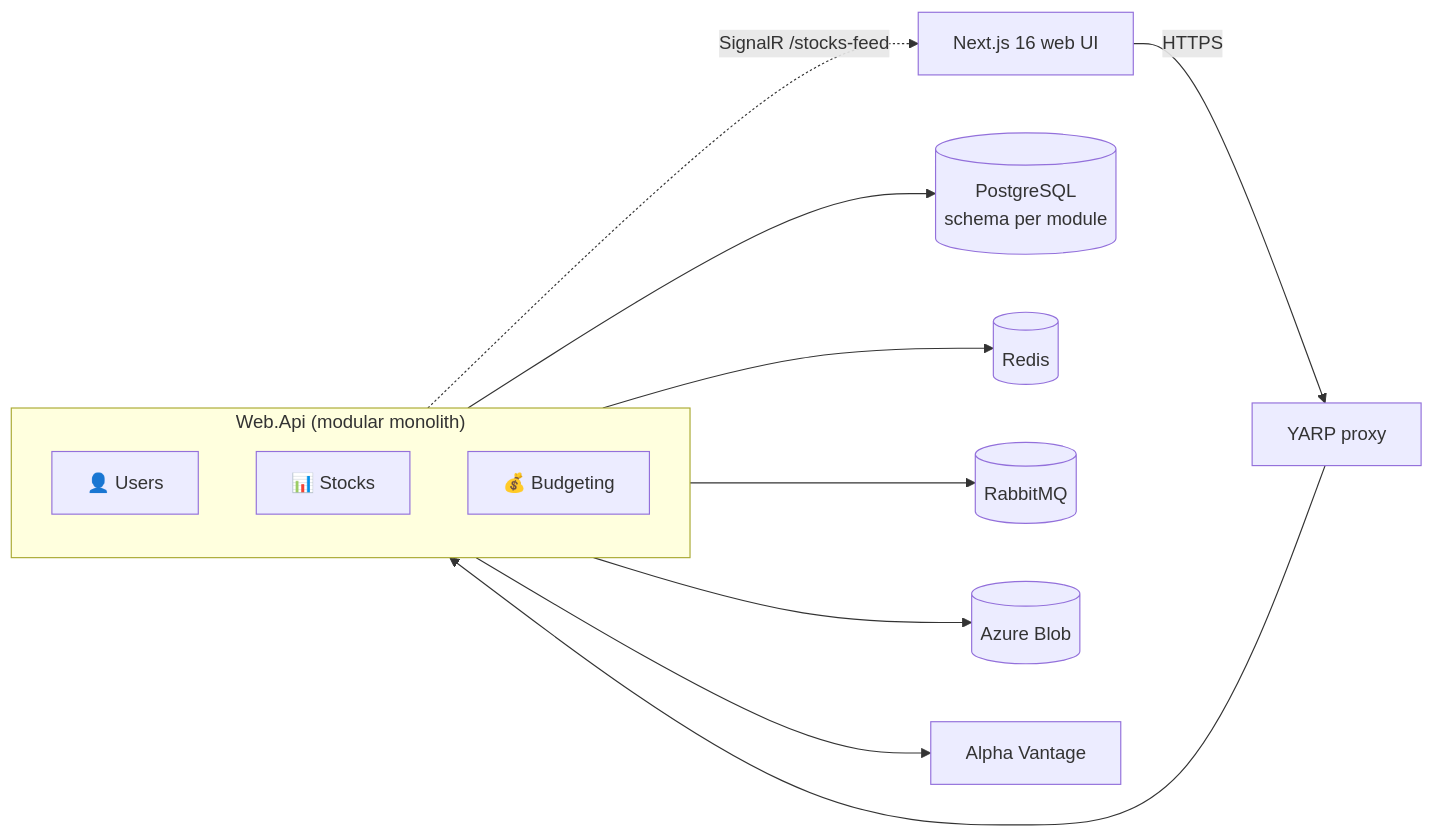
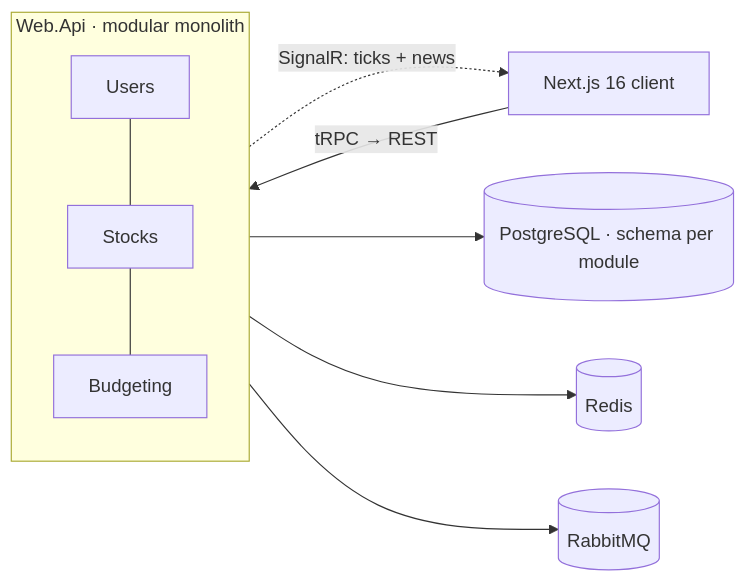
One commit to HilthonTT/StockMarketSimulator changed the diagram in README.md. Above: the diagram before and after it, drawn with Mermaid. The commit also changed other lines of this file and 12 other files, not shown here.

````diff
--- a/README.md
+++ b/README.md
@@ -22,17 +58,11 @@
 ```mermaid
 flowchart LR
-    UI["Next.js 16 web UI"] -->|HTTPS| YARP["YARP proxy"]
-    YARP --> API
-    subgraph API["Web.Api (modular monolith)"]
-        direction TB
-        U["👤 Users"]
-        S["📊 Stocks"]
-        B["💰 Budgeting"]
+    UI["Next.js 16 client"] -->|tRPC → REST| API
+    API -. "SignalR: ticks + news" .-> UI
+    subgraph API["Web.Api · modular monolith"]
+        U["Users"] --- S["Stocks"] --- B["Budgeting"]
     end
-    API --> PG[("PostgreSQL<br/>schema per module")]
+    API --> PG[("PostgreSQL · schema per module")]
     API --> R[("Redis")]
     API --> MQ[("RabbitMQ")]
-    API --> BL[("Azure Blob")]
-    API --> AV["Alpha Vantage"]
-    API -. "SignalR /stocks-feed" .-> UI
 ```
````
